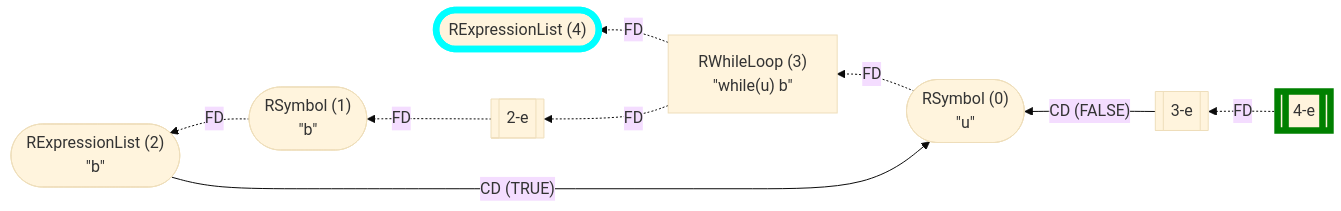
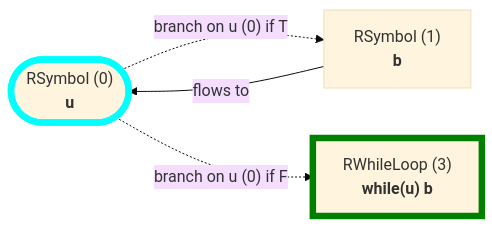
The ninth of 22 diagrams in wiki/Control Flow Graph.md (flowr-analysis/flowr), drawn with Mermaid (base theme) before and after one commit. The commit also changed other lines of this file and 141 other files, not shown here.

````diff
--- a/wiki/Control Flow Graph.md
+++ b/wiki/Control Flow Graph.md
@@ -615,24 +563,13 @@
 ```mermaid
-flowchart RL
-    n4(["`RExpressionList (4)`"])
+flowchart LR
     n0(["`RSymbol (0)
-#34;u#34;`"])
+**u**`"])
+    n1["`RSymbol (1)
+**b**`"]
     n3["`RWhileLoop (3)
-#34;while(u) b#34;`"]
-    n3-e[[3-e]]
-    n2(["`RExpressionList (2)
-#34;b#34;`"])
-    n1(["`RSymbol (1)
-#34;b#34;`"])
-    n2-e[[2-e]]
-    n4-e[[4-e]]
-    n3 -.->|"FD"| n4
-    n3 -.->|"FD"| n2-e
-    n1 -.->|"FD"| n2
-    n2-e -.->|"FD"| n1
-    n0 -.->|"FD"| n3
-    n2 -->|"CD (TRUE)"| n0
-    n3-e -->|"CD (FALSE)"| n0
-    n4-e -.->|"FD"| n3-e
-    style n4 stroke:cyan,stroke-width:6.5px;    style n4-e stroke:green,stroke-width:6.5px;
+**while(u) b**`"]
+    n0 -.->|"branch on u (0) if T"| n1
+    n0 -.->|"branch on u (0) if F"| n3
+    n1 -->|"flows to"| n0
+    style n0 stroke:cyan,stroke-width:6.5px;    style n3 stroke:green,stroke-width:6.5px;
 ```
````
